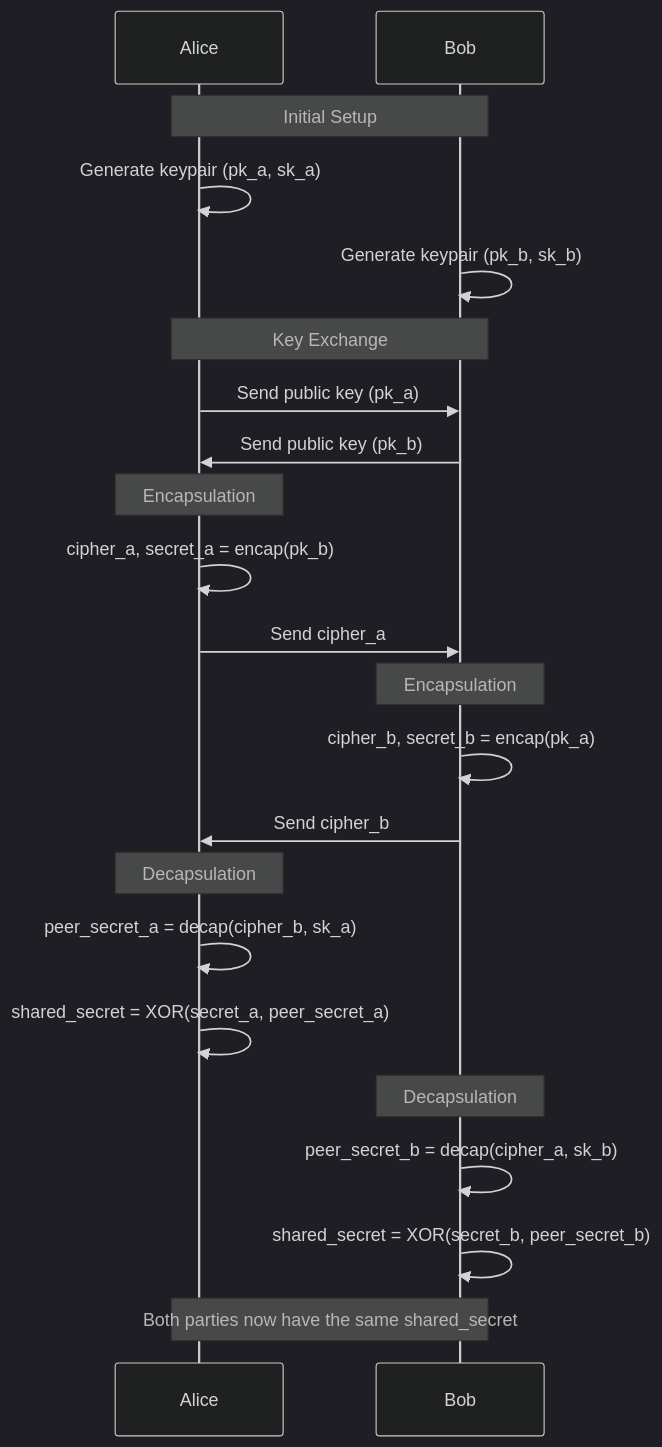
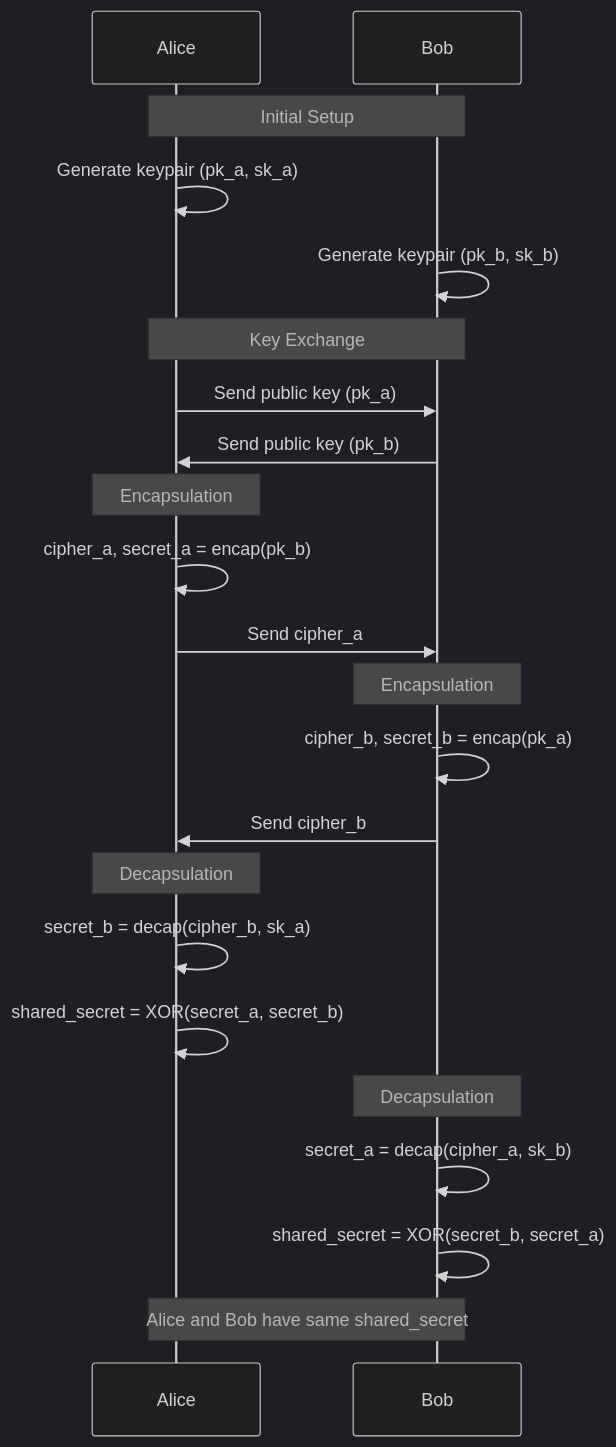
The diagram in app/blog/articles/e2e_encrypted_chat/post.mdx (hlminh2000/portfolio), drawn with Mermaid before and after one commit.

Commit message:
simplifies

````diff
--- a/app/blog/articles/e2e_encrypted_chat/post.mdx
+++ b/app/blog/articles/e2e_encrypted_chat/post.mdx
@@ -85,32 +85,32 @@
 ```mermaid
 %%{init: {'theme':'dark'}}%%
 sequenceDiagram
     participant A as Alice
     participant B as Bob
 
     Note over A,B: Initial Setup
     A->>A: Generate keypair (pk_a, sk_a)
     B->>B: Generate keypair (pk_b, sk_b)
     
     Note over A,B: Key Exchange
     A->>B: Send public key (pk_a)
     B->>A: Send public key (pk_b)
     
     Note over A: Encapsulation
     A->>A: cipher_a, secret_a = encap(pk_b)
     A->>B: Send cipher_a
     
     Note over B: Encapsulation
     B->>B: cipher_b, secret_b = encap(pk_a)
     B->>A: Send cipher_b
     
     Note over A: Decapsulation
-    A->>A: peer_secret_a = decap(cipher_b, sk_a)
-    A->>A: shared_secret = XOR(secret_a, peer_secret_a)
+    A->>A: secret_b = decap(cipher_b, sk_a)
+    A->>A: shared_secret = XOR(secret_a, secret_b)
     
     Note over B: Decapsulation
-    B->>B: peer_secret_b = decap(cipher_a, sk_b)
-    B->>B: shared_secret = XOR(secret_b, peer_secret_b)
+    B->>B: secret_a = decap(cipher_a, sk_b)
+    B->>B: shared_secret = XOR(secret_b, secret_a)
     
-    Note over A,B: Both parties now have the same shared_secret
+    Note over A,B: Alice and Bob have same shared_secret
 ```
````
